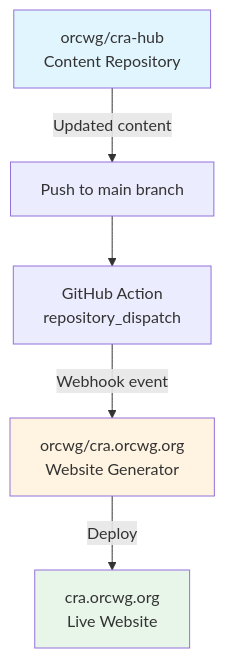
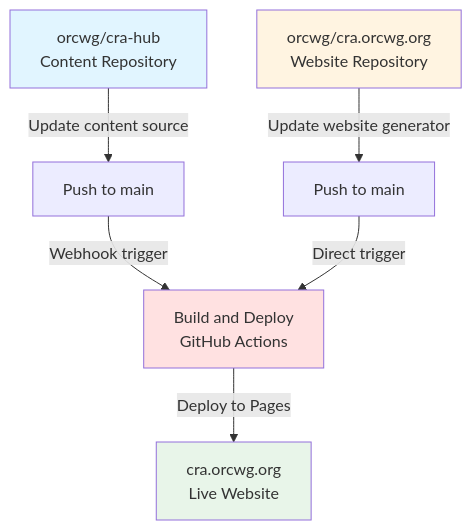
Before and after one commit to orcwg/cra.orcwg.org: the diagram in README.md, drawn with Mermaid. The commit also changed other lines of this file, not shown here.

````diff
--- a/README.md
+++ b/README.md
@@ -194,17 +194,20 @@
 ```mermaid
 flowchart TD
     A[orcwg/cra-hub<br/>Content Repository]
-    B[Push to main branch]
-    C[GitHub Action<br/>repository_dispatch]
-    D[orcwg/cra.orcwg.org<br/>Website Generator]
-    E[cra.orcwg.org<br/>Live Website]
+    B[Push to main]
+    C[orcwg/cra.orcwg.org<br/>Website Repository]
+    D[Push to main]
+    E[Build and Deploy<br/>GitHub Actions]
+    F[cra.orcwg.org<br/>Live Website]
 
-    A -->|Updated content| B
-    B --> C
-    C -->|Webhook event| D
-    D -->|Deploy| E
+    A -->|Update content source| B
+    B -->|Webhook trigger| E
+    C -->|Update  website generator| D
+    D -->|Direct trigger| E
+    E -->|Deploy to Pages| F
 
     style A fill:#e1f5ff
-    style D fill:#fff4e1
-    style E fill:#e8f5e9
+    style C fill:#fff4e1
+    style E fill:#ffe1e1
+    style F fill:#e8f5e9
 ```
````
